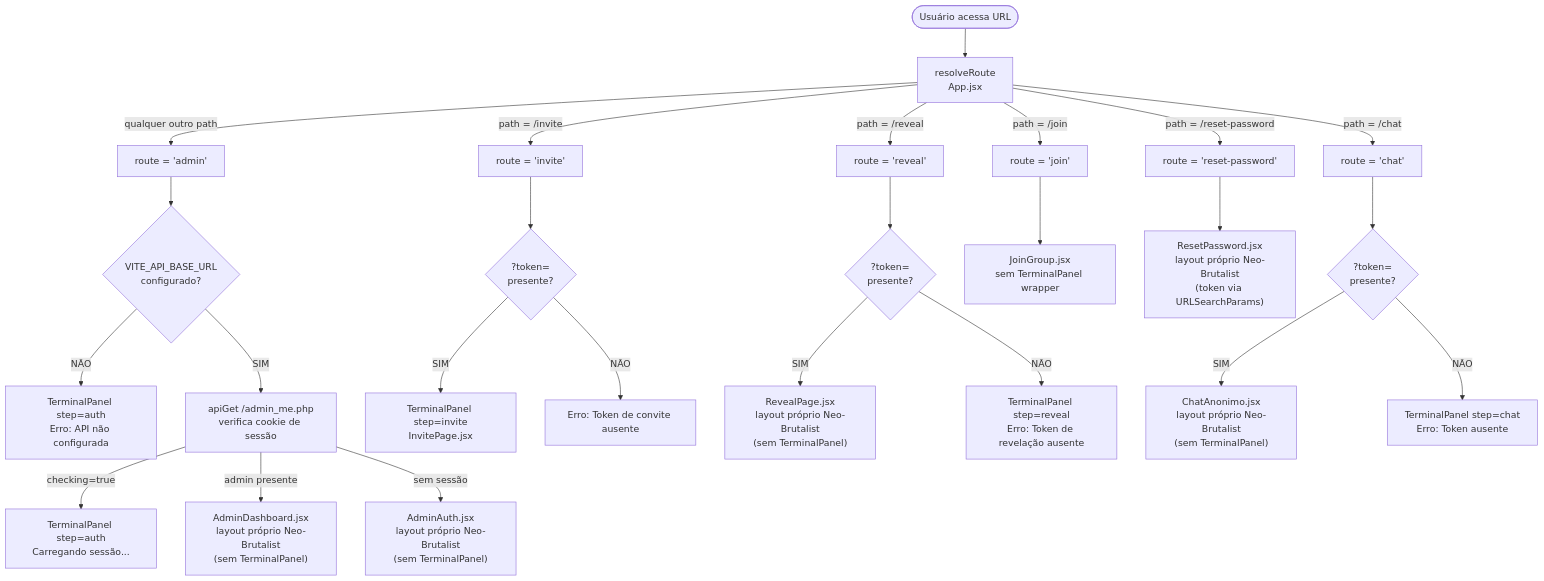
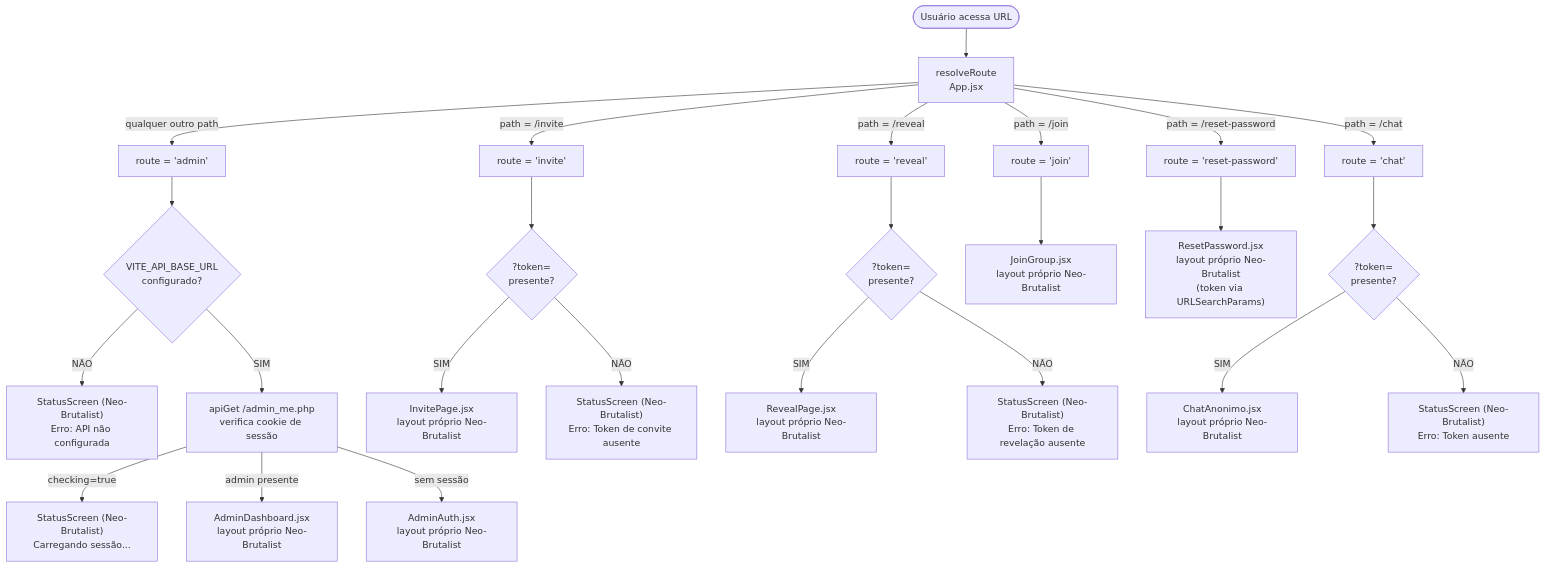
One commit to charines/AmigoSecreto changed the first of 4 diagrams in docs/modules/menu_inicial.md. Above: the diagram before and after it, drawn with Mermaid. The commit also changed other lines of this file and 6 other files, not shown here.

Commit message:
feat: update project version to 1.5.0; remove legacy components and implement Neo-Brutalist design across multiple modules

````diff
--- a/docs/modules/menu_inicial.md
+++ b/docs/modules/menu_inicial.md
@@ -28,35 +28,35 @@
 ```mermaid
 flowchart TD
     START([Usuário acessa URL]) --> RESOLVE[resolveRoute\nApp.jsx]
 
     RESOLVE -->|path = /invite| ROUTE_INVITE[route = 'invite']
     RESOLVE -->|path = /reveal| ROUTE_REVEAL[route = 'reveal']
     RESOLVE -->|path = /join| ROUTE_JOIN[route = 'join']
     RESOLVE -->|path = /chat| ROUTE_CHAT[route = 'chat']
     RESOLVE -->|qualquer outro path| ROUTE_ADMIN[route = 'admin']
 
     ROUTE_ADMIN --> CHECK_ENV{VITE_API_BASE_URL\nconfigurado?}
-    CHECK_ENV -->|NÃO| ERR_ENV[TerminalPanel step=auth\nErro: API não configurada]
+    CHECK_ENV -->|NÃO| ERR_ENV["StatusScreen (Neo-Brutalist)\nErro: API não configurada"]
     CHECK_ENV -->|SIM| CHECK_SESSION[apiGet /admin_me.php\nverifica cookie de sessão]
 
-    CHECK_SESSION -->|checking=true| LOADING[TerminalPanel step=auth\nCarregando sessão...]
-    CHECK_SESSION -->|admin presente| DASHBOARD["AdminDashboard.jsx\nlayout próprio Neo-Brutalist\n(sem TerminalPanel)"]
-    CHECK_SESSION -->|sem sessão| AUTH["AdminAuth.jsx\nlayout próprio Neo-Brutalist\n(sem TerminalPanel)"]
+    CHECK_SESSION -->|checking=true| LOADING["StatusScreen (Neo-Brutalist)\nCarregando sessão..."]
+    CHECK_SESSION -->|admin presente| DASHBOARD["AdminDashboard.jsx\nlayout próprio Neo-Brutalist"]
+    CHECK_SESSION -->|sem sessão| AUTH["AdminAuth.jsx\nlayout próprio Neo-Brutalist"]
 
     ROUTE_INVITE --> CHECK_TOKEN_I{?token=\npresente?}
-    CHECK_TOKEN_I -->|SIM| INVITE_PAGE[TerminalPanel step=invite\nInvitePage.jsx]
-    CHECK_TOKEN_I -->|NÃO| ERR_TOKEN_I[Erro: Token de convite ausente]
+    CHECK_TOKEN_I -->|SIM| INVITE_PAGE["InvitePage.jsx\nlayout próprio Neo-Brutalist"]
+    CHECK_TOKEN_I -->|NÃO| ERR_TOKEN_I["StatusScreen (Neo-Brutalist)\nErro: Token de convite ausente"]
 
     ROUTE_REVEAL --> CHECK_TOKEN_R{?token=\npresente?}
-    CHECK_TOKEN_R -->|SIM| REVEAL_PAGE["RevealPage.jsx\nlayout próprio Neo-Brutalist\n(sem TerminalPanel)"]
-    CHECK_TOKEN_R -->|NÃO| ERR_TOKEN_R[TerminalPanel step=reveal\nErro: Token de revelação ausente]
+    CHECK_TOKEN_R -->|SIM| REVEAL_PAGE["RevealPage.jsx\nlayout próprio Neo-Brutalist"]
+    CHECK_TOKEN_R -->|NÃO| ERR_TOKEN_R["StatusScreen (Neo-Brutalist)\nErro: Token de revelação ausente"]
 
-    ROUTE_JOIN --> JOIN_PAGE[JoinGroup.jsx\nsem TerminalPanel wrapper]
+    ROUTE_JOIN --> JOIN_PAGE["JoinGroup.jsx\nlayout próprio Neo-Brutalist"]
 
     RESOLVE -->|path = /reset-password| ROUTE_RESET[route = 'reset-password']
     ROUTE_RESET --> RESET_PAGE["ResetPassword.jsx\nlayout próprio Neo-Brutalist\n(token via URLSearchParams)"]
 
     ROUTE_CHAT --> CHECK_TOKEN_C{?token=\npresente?}
-    CHECK_TOKEN_C -->|SIM| CHAT_PAGE["ChatAnonimo.jsx\nlayout próprio Neo-Brutalist\n(sem TerminalPanel)"]
-    CHECK_TOKEN_C -->|NÃO| ERR_TOKEN_C[TerminalPanel step=chat\nErro: Token ausente]
+    CHECK_TOKEN_C -->|SIM| CHAT_PAGE["ChatAnonimo.jsx\nlayout próprio Neo-Brutalist"]
+    CHECK_TOKEN_C -->|NÃO| ERR_TOKEN_C["StatusScreen (Neo-Brutalist)\nErro: Token ausente"]
 ```
````
